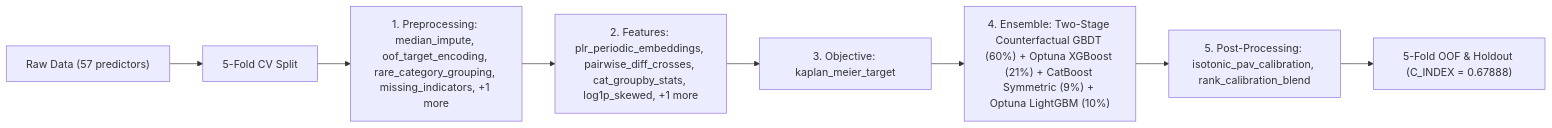
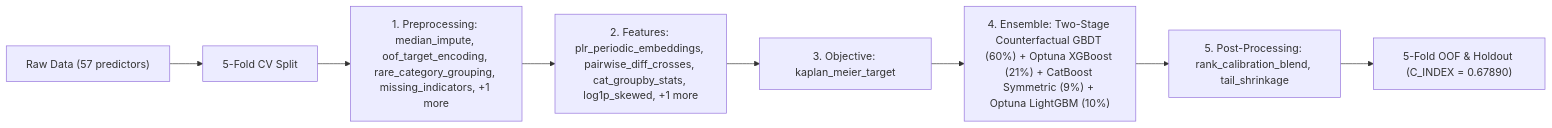
One commit to stefanoclss/CIBMTR-Equity-in-Post-HCT-Survival-Predictions changed the diagram in README.md. Above: the diagram before and after it, drawn with Mermaid. The commit also changed other lines of this file, not shown here.

First line of the commit message:
docs(readme): refresh verified OOF benchmark & build ledger (C_INDEX=0.67890)

````diff
--- a/README.md
+++ b/README.md
@@ -143,10 +144,10 @@
 ```mermaid
 flowchart LR
     DATA["Raw Data (57 predictors)"] --> SPLIT["5-Fold CV Split"]
     SPLIT --> PRE["1. Preprocessing: median_impute, oof_target_encoding, rare_category_grouping, missing_indicators, +1 more"]
     PRE --> FEAT["2. Features: plr_periodic_embeddings, pairwise_diff_crosses, cat_groupby_stats, log1p_skewed, +1 more"]
     FEAT --> OBJ["3. Objective: kaplan_meier_target"]
     OBJ --> M0["4. Ensemble: Two-Stage Counterfactual GBDT (60%) + Optuna XGBoost (21%) + CatBoost Symmetric (9%) + Optuna LightGBM (10%)"]
-    M0 --> POST["5. Post-Processing: isotonic_pav_calibration, rank_calibration_blend"]
-    POST --> OUT["5-Fold OOF & Holdout (C_INDEX = 0.67888)"]
+    M0 --> POST["5. Post-Processing: rank_calibration_blend, tail_shrinkage"]
+    POST --> OUT["5-Fold OOF & Holdout (C_INDEX = 0.67890)"]
 ```
````
